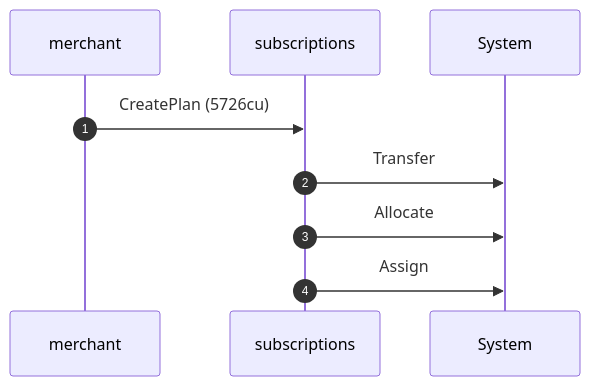
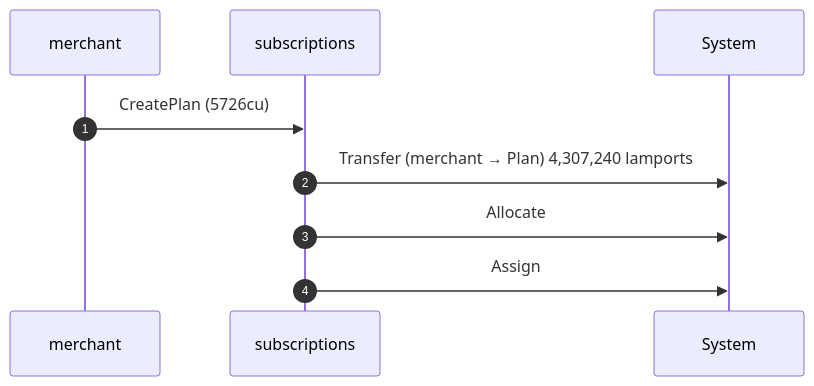
Before and after one commit to cds-rs/subscriptions: the first of 4 diagrams in dsl_tests/survive-a-pre-funded-plan-pda.md, drawn with Mermaid. The commit also changed other lines of this file and 224 other files, not shown here.

````diff
--- a/dsl_tests/survive-a-pre-funded-plan-pda.md
+++ b/dsl_tests/survive-a-pre-funded-plan-pda.md
@@ -25,11 +26,11 @@
 ```mermaid
 sequenceDiagram
     autonumber
     participant merchant
     participant subscriptions
     participant System
     merchant ->> subscriptions: CreatePlan (5726cu)
-    subscriptions ->> System: Transfer
+    subscriptions ->> System: Transfer (merchant → Plan) 4,307,240 lamports
     subscriptions ->> System: Allocate
     subscriptions ->> System: Assign
 ```
````
